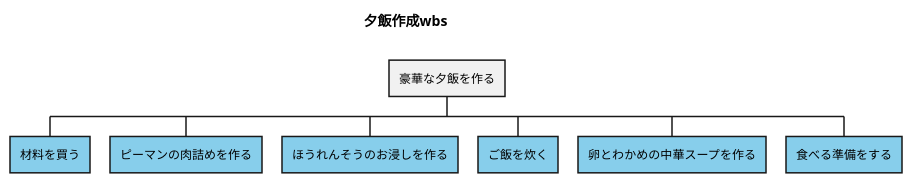
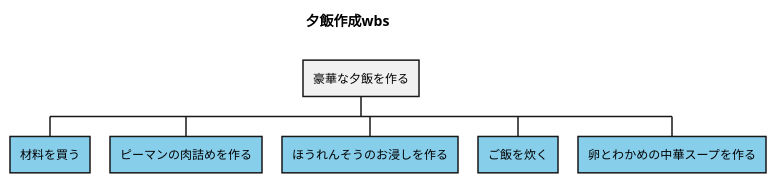
Before and after one commit to T-R0025/dinner_project: the diagram in documents/WBS_夕飯.pu, drawn with PlantUML.

```diff
--- a/documents/WBS_夕飯.pu
+++ b/documents/WBS_夕飯.pu
@@ -1,14 +1,13 @@
 @startwbs 豪華な夕飯
 title
 夕飯作成wbs
 
 endtitle
 * 豪華な夕飯を作る
 **[#SkyBlue] 材料を買う
 **[#SkyBlue] ピーマンの肉詰めを作る
 **[#SkyBlue] ほうれんそうのお浸しを作る
 **[#SkyBlue] ご飯を炊く
 **[#SkyBlue] 卵とわかめの中華スープを作る
-**[#SkyBlue] 食べる準備をする
 
 @endwbs
```
